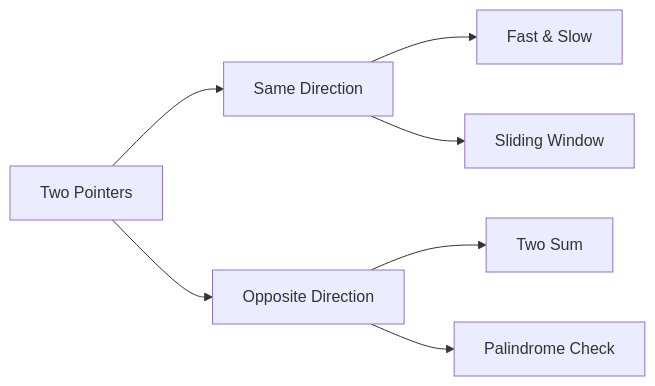
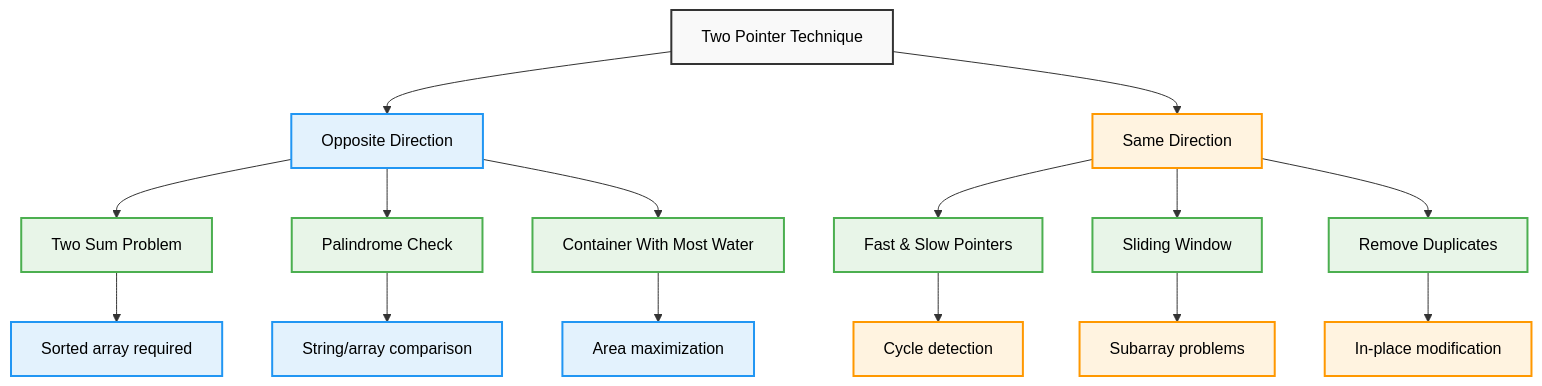
The sixth of 9 diagrams in concepts/arrays.md (AbhishekGiri04/CodeVault), drawn with Mermaid before and after one commit. The commit also changed other lines of this file, not shown here.

````diff
--- a/concepts/arrays.md
+++ b/concepts/arrays.md
@@ -372,11 +528,29 @@
 ```mermaid
-graph LR
-    A["Two Pointers"] --> B["Same Direction"]
-    A --> C["Opposite Direction"]
+flowchart TD
+    A["Two Pointer Technique"] --> B["Opposite Direction"]
+    A --> C["Same Direction"]
     
-    B --> D["Fast & Slow"]
-    B --> E["Sliding Window"]
+    B --> D["Two Sum Problem"]
+    B --> E["Palindrome Check"]
+    B --> F["Container With Most Water"]
     
-    C --> F["Two Sum"]
-    C --> G["Palindrome Check"]
+    C --> G["Fast & Slow Pointers"]
+    C --> H["Sliding Window"]
+    C --> I["Remove Duplicates"]
+    
+    D --> J["Sorted array required"]
+    E --> K["String/array comparison"]
+    F --> L["Area maximization"]
+    
+    G --> M["Cycle detection"]
+    H --> N["Subarray problems"]
+    I --> O["In-place modification"]
+    
+    classDef default fill:#f9f9f9,stroke:#333,stroke-width:2px,color:#000
+    classDef opposite fill:#e3f2fd,stroke:#2196f3,stroke-width:2px,color:#000
+    classDef same fill:#fff3e0,stroke:#ff9800,stroke-width:2px,color:#000
+    classDef problems fill:#e8f5e8,stroke:#4caf50,stroke-width:2px,color:#000
+    class B,D,E,F,J,K,L opposite
+    class C,G,H,I,M,N,O same
+    class D,E,F,G,H,I problems
 ```
````
